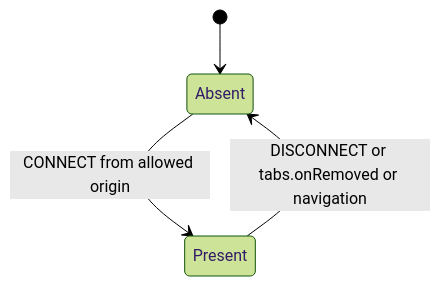
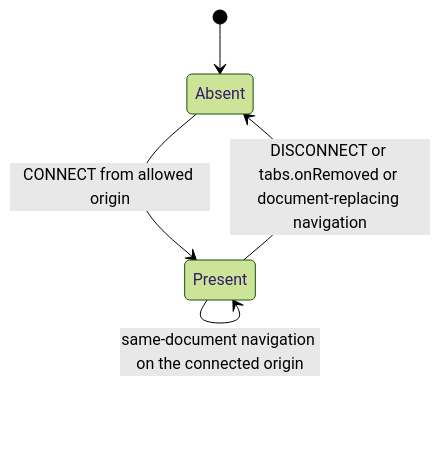
Before and after one commit to webex/webex-js-sdk: the third of 3 diagrams in packages/@webex/web-extension-bridge/src/extension/docs/README.md, drawn with Mermaid (forest theme). The commit also changed other lines of this file and 8 other files, not shown here.

````diff
--- a/packages/@webex/web-extension-bridge/src/extension/docs/README.md
+++ b/packages/@webex/web-extension-bridge/src/extension/docs/README.md
@@ -211,6 +214,7 @@
 ```mermaid
 stateDiagram-v2
   [*] --> Absent
   Absent --> Present: CONNECT from allowed origin
-  Present --> Absent: DISCONNECT or tabs.onRemoved or navigation
+  Present --> Absent: DISCONNECT or tabs.onRemoved or document-replacing navigation
+  Present --> Present: same-document navigation on the connected origin
 ```
````
